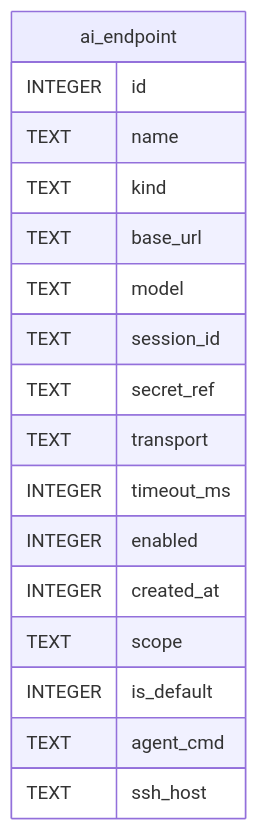
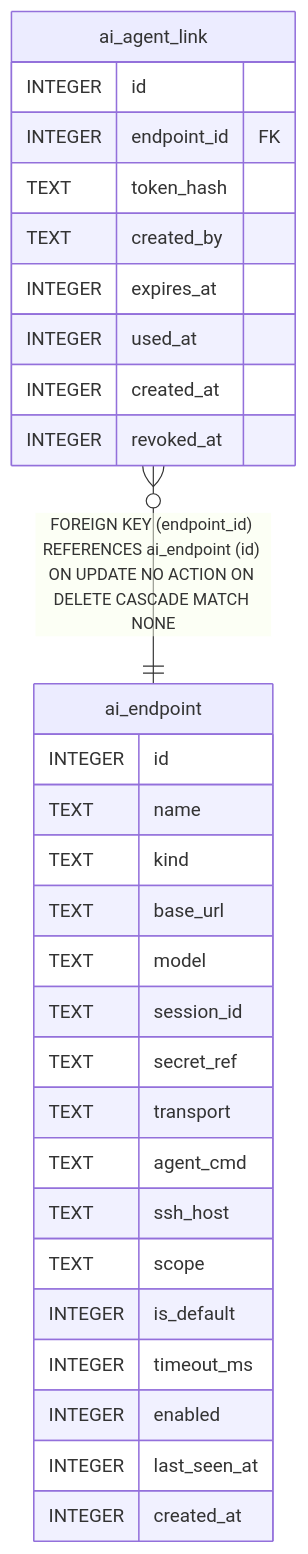
Before and after one commit to ktbhealth/docs: the diagram in content/docs/pt-BR/developers/plugins/ai-endpoints/reference/schema.mmd, drawn with Mermaid. The commit also changed 11 other files, not shown here.

Commit message:
docs(ai): regen erd — ai_agent_link revoked_at, endpoint last_seen_at/scope columns

```diff
--- a/content/docs/pt-BR/developers/plugins/ai-endpoints/reference/schema.mmd
+++ b/content/docs/pt-BR/developers/plugins/ai-endpoints/reference/schema.mmd
@@ -1,20 +1,32 @@
 erDiagram
 
+"ai_agent_link" }o--|| "ai_endpoint" : "FOREIGN KEY (endpoint_id) REFERENCES ai_endpoint (id) ON UPDATE NO ACTION ON DELETE CASCADE MATCH NONE"
 
+"ai_agent_link" {
+  INTEGER id
+  INTEGER endpoint_id FK
+  TEXT token_hash
+  TEXT created_by
+  INTEGER expires_at
+  INTEGER used_at
+  INTEGER created_at
+  INTEGER revoked_at
+}
 "ai_endpoint" {
   INTEGER id
   TEXT name
   TEXT kind
   TEXT base_url
   TEXT model
   TEXT session_id
   TEXT secret_ref
   TEXT transport
+  TEXT agent_cmd
+  TEXT ssh_host
+  TEXT scope
+  INTEGER is_default
   INTEGER timeout_ms
   INTEGER enabled
+  INTEGER last_seen_at
   INTEGER created_at
-  TEXT scope
-  INTEGER is_default
-  TEXT agent_cmd
-  TEXT ssh_host
 }
```
